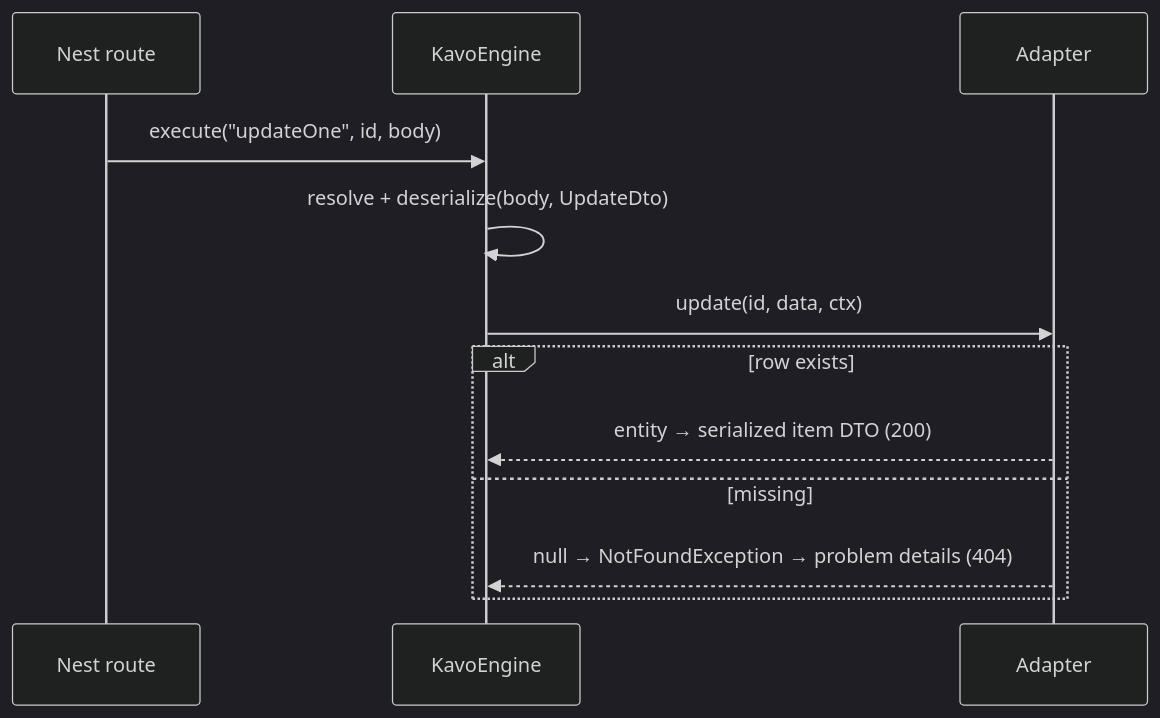
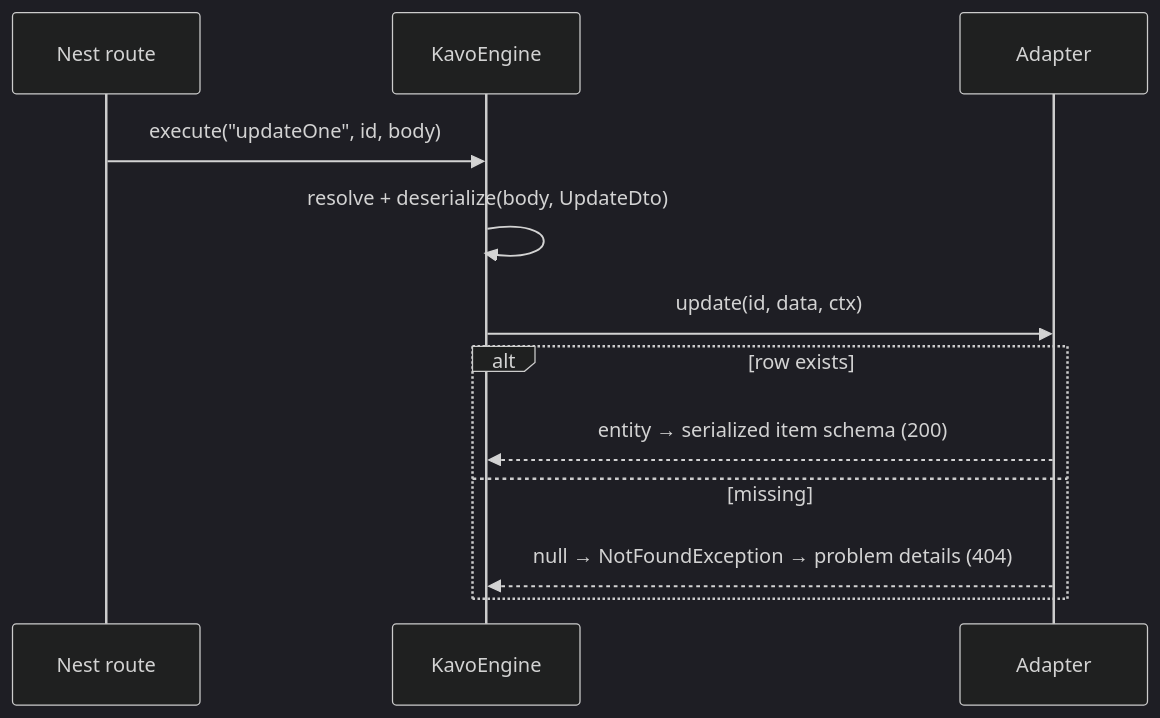
Before and after one commit to kavo-labs/kavo: the fourth of 5 diagrams in docs/internals/architecture/01-system-architecture.md, drawn with Mermaid (dark theme). The commit also changed other lines of this file and 147 other files, not shown here.

First line of the commit message:
feat!: remove dto config key; schema absorbs it (#475)

````diff
--- a/docs/internals/architecture/01-system-architecture.md
+++ b/docs/internals/architecture/01-system-architecture.md
@@ -234,14 +234,14 @@
 ```mermaid
 sequenceDiagram
     participant C as Nest route
     participant E as KavoEngine
     participant A as Adapter
     C->>E: execute("updateOne", id, body)
     E->>E: resolve + deserialize(body, UpdateDto)
     E->>A: update(id, data, ctx)
     alt row exists
-        A-->>E: entity → serialized item DTO (200)
+        A-->>E: entity → serialized item schema (200)
     else missing
         A-->>E: null → NotFoundException → problem details (404)
     end
 ```
````
